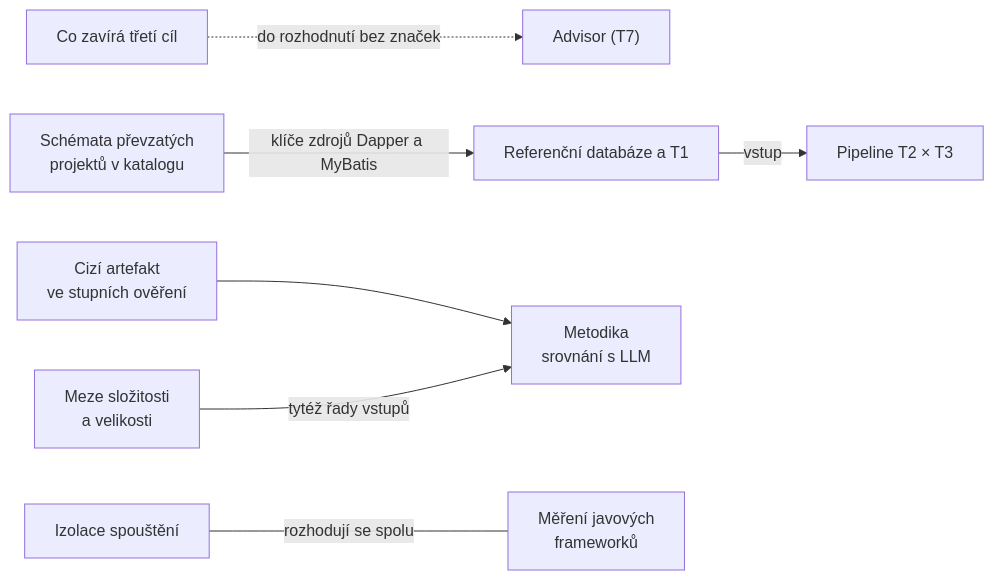
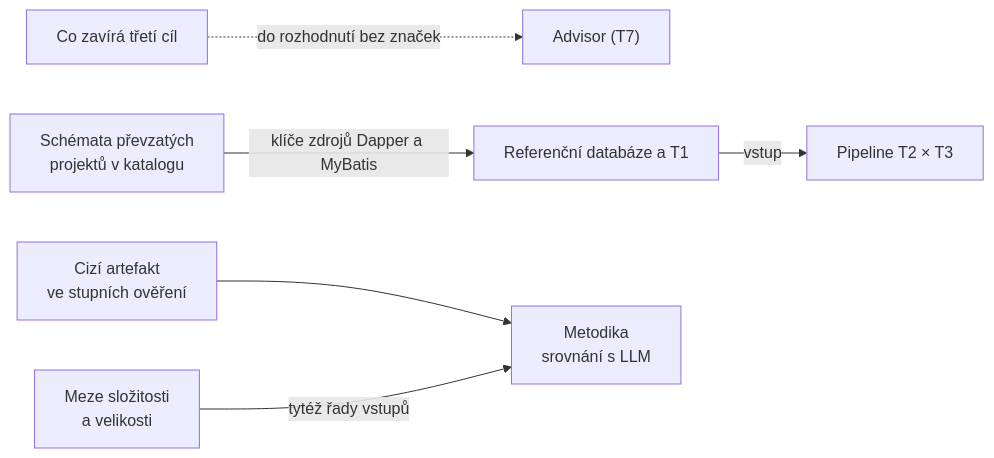
The diagram in docs/open-items.md (MiraStochel/orm-convertor), drawn with Mermaid before and after one commit. The commit also changed other lines of this file and 16 other files, not shown here.

````diff
--- a/docs/open-items.md
+++ b/docs/open-items.md
@@ -57,9 +57,8 @@
 ```mermaid
 flowchart LR
     G["Co zavírá třetí cíl"] -.->|"do rozhodnutí bez značek"| A["Advisor (T7)"]
     DB["Referenční databáze a T1"] -->|vstup| P["Pipeline T2 × T3"]
     X["Cizí artefakt<br/>ve stupních ověření"] --> L["Metodika<br/>srovnání s LLM"]
     M["Meze složitosti<br/>a velikosti"] -->|"tytéž řady vstupů"| L
-    I["Izolace spouštění"] ---|"rozhodují se spolu"| J["Měření javových<br/>frameworků"]
     SCH["Schémata převzatých<br/>projektů v katalogu"] -->|"klíče zdrojů Dapper a MyBatis"| DB
 ```
````
